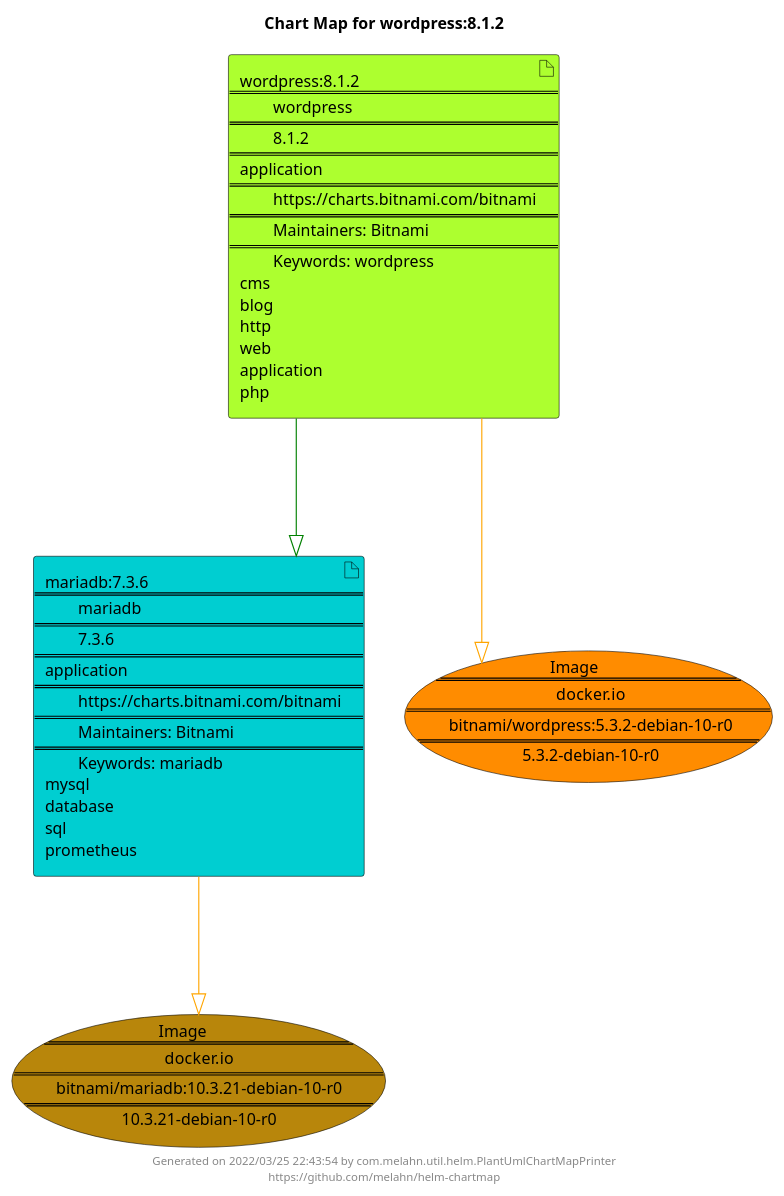
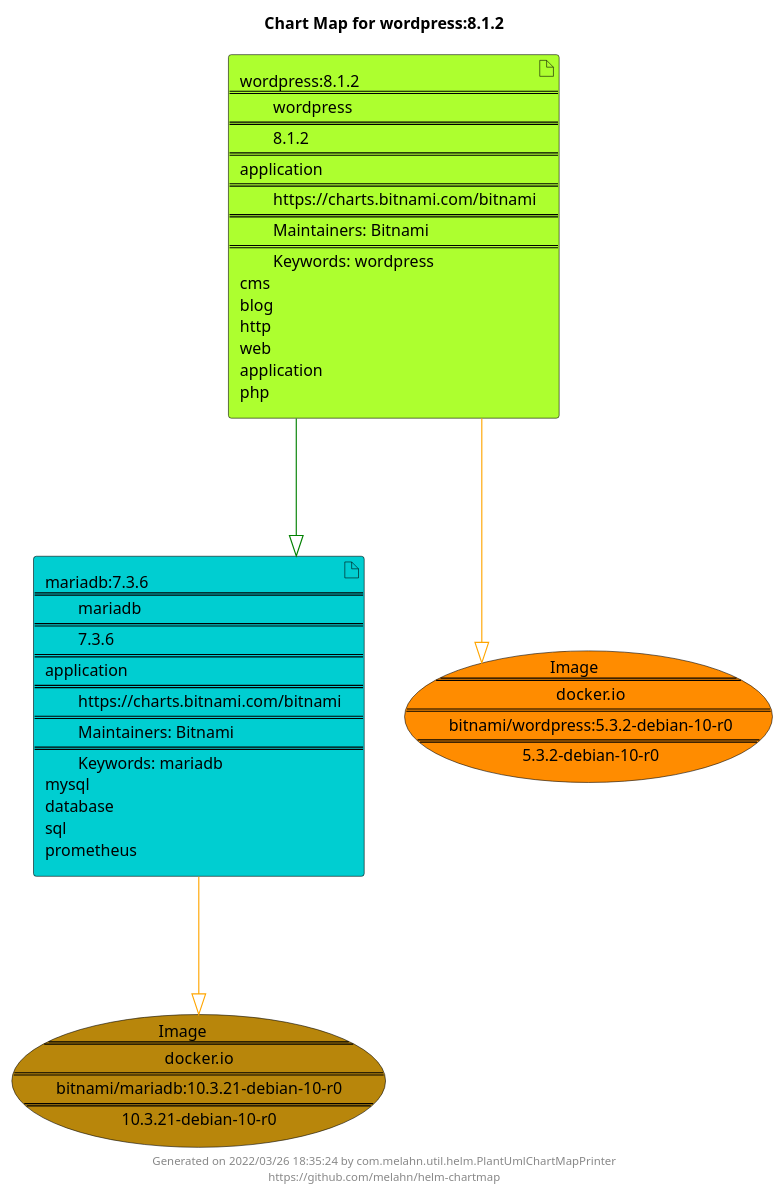
Before and after one commit to melahn/helm-chartmap: the diagram in docs/wordpress/wordpress-8.1.2.puml, drawn with PlantUML. The commit also changed 55 other files, not shown here.

Commit message:
Update Example Chart Maps as part of GitHub build

```diff
--- a/docs/wordpress/wordpress-8.1.2.puml
+++ b/docs/wordpress/wordpress-8.1.2.puml
@@ -1,25 +1,25 @@
 @startuml
 skinparam linetype ortho
 skinparam backgroundColor white
 skinparam usecaseBorderColor black
 skinparam usecaseArrowColor LightSlateGray
 skinparam artifactBorderColor black
 skinparam artifactArrowColor LightSlateGray
 
 title Chart Map for wordpress:8.1.2
 
 'There are 2 referenced Helm Charts
 artifact "mariadb:7.3.6\n====\n\tmariadb\n====\n\t7.3.6\n====\napplication\n====\n\thttps://charts.bitnami.com/bitnami\n====\n\tMaintainers: Bitnami\n====\n\tKeywords: mariadb\nmysql\ndatabase\nsql\nprometheus" as mariadb_7_3_6 #DarkTurquoise
 artifact "wordpress:8.1.2\n====\n\twordpress\n====\n\t8.1.2\n====\napplication\n====\n\thttps://charts.bitnami.com/bitnami\n====\n\tMaintainers: Bitnami\n====\n\tKeywords: wordpress\ncms\nblog\nhttp\nweb\napplication\nphp" as wordpress_8_1_2 #GreenYellow
 
 'There are 2 referenced Docker Images
 usecase "Image\n====\n\tdocker.io\n====\n\tbitnami/mariadb:10.3.21-debian-10-r0\n====\n\t10.3.21-debian-10-r0" as docker_io_bitnami_mariadb_10_3_21_debian_10_r0 #DarkGoldenRod
 usecase "Image\n====\n\tdocker.io\n====\n\tbitnami/wordpress:5.3.2-debian-10-r0\n====\n\t5.3.2-debian-10-r0" as docker_io_bitnami_wordpress_5_3_2_debian_10_r0 #Darkorange
 
 'Chart Dependencies
 wordpress_8_1_2--[#green]-|>mariadb_7_3_6
 mariadb_7_3_6--[#orange]-|>docker_io_bitnami_mariadb_10_3_21_debian_10_r0
 wordpress_8_1_2--[#orange]-|>docker_io_bitnami_wordpress_5_3_2_debian_10_r0
 
-center footer Generated on 2022/03/25 22:43:54 by com.melahn.util.helm.PlantUmlChartMapPrinter\nhttps://github.com/melahn/helm-chartmap
+center footer Generated on 2022/03/26 18:35:24 by com.melahn.util.helm.PlantUmlChartMapPrinter\nhttps://github.com/melahn/helm-chartmap
 @enduml
```
